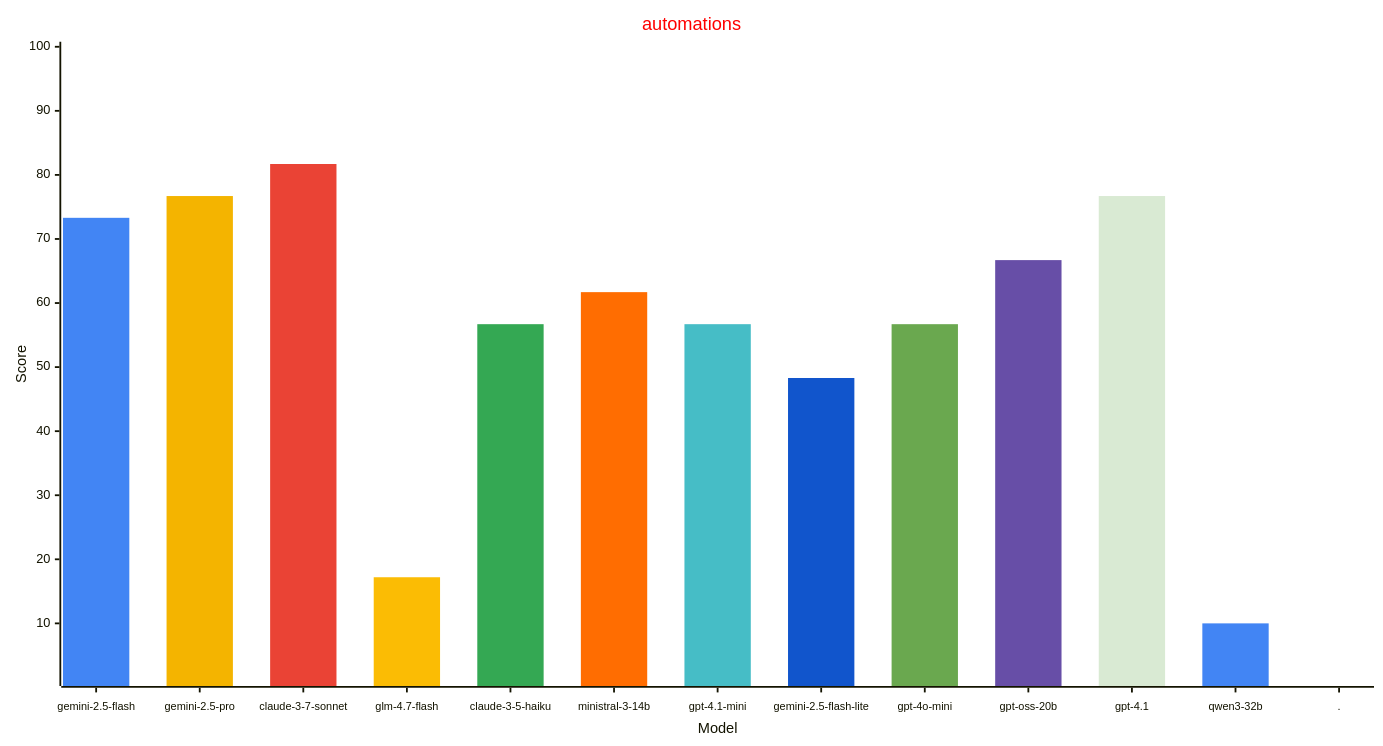
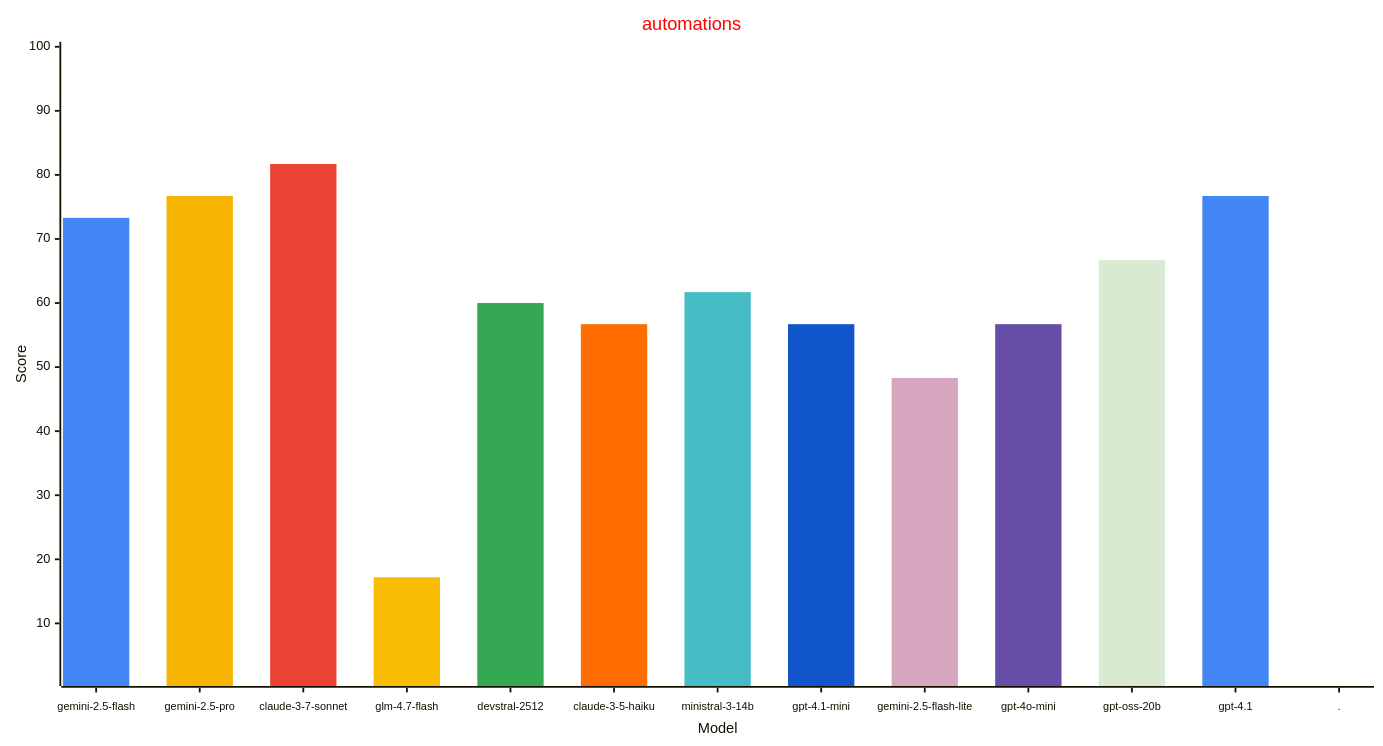
One commit to allenporter/home-assistant-datasets changed the fourth of 4 diagrams in reports/README.md. Above: the diagram before and after it, drawn with Mermaid. The commit also changed other lines of this file and 1087 other files, not shown here.

````diff
--- a/reports/README.md
+++ b/reports/README.md
@@ -214,33 +215,33 @@
 ```mermaid
 ---
 config:
     xyChart:
         width: 1500
         height: 800
         xAxis:
           labelFontSize: 12
           labelPadding: 8
     themeVariables:
         xyChart:
             titleColor: "#ff0000"
-            plotColorPalette: "#4285f4, #f4b400, #ea4335, #fbbc04, #34a853, #ff6d01, #46bdc6, #1155cc, #6aa84f, #674ea7, #d9ead3, #4285f4, #4285f4"
+            plotColorPalette: "#4285f4, #f4b400, #ea4335, #fbbc04, #34a853, #ff6d01, #46bdc6, #1155cc, #d5a6bd, #674ea7, #d9ead3, #4285f4, #4285f4"
 
 ---
 xychart-beta
   title "automations"
-  x-axis "Model" [gemini-2.5-flash, gemini-2.5-pro, claude-3-7-sonnet, glm-4.7-flash, claude-3-5-haiku, ministral-3-14b, gpt-4.1-mini, gemini-2.5-flash-lite, gpt-4o-mini, gpt-oss-20b, gpt-4.1, qwen3-32b, .]
+  x-axis "Model" [gemini-2.5-flash, gemini-2.5-pro, claude-3-7-sonnet, glm-4.7-flash, devstral-2512, claude-3-5-haiku, ministral-3-14b, gpt-4.1-mini, gemini-2.5-flash-lite, gpt-4o-mini, gpt-oss-20b, gpt-4.1, .]
   y-axis "Score" 1 --> 100
   bar [73.3, 0.0, 0.0, 0.0, 0.0, 0.0, 0.0, 0.0, 0.0, 0.0, 0.0, 0.0, 0.0]
   bar [0.0, 76.7, 0.0, 0.0, 0.0, 0.0, 0.0, 0.0, 0.0, 0.0, 0.0, 0.0, 0.0]
   bar [0.0, 0.0, 81.7, 0.0, 0.0, 0.0, 0.0, 0.0, 0.0, 0.0, 0.0, 0.0, 0.0]
   bar [0.0, 0.0, 0.0, 17.2, 0.0, 0.0, 0.0, 0.0, 0.0, 0.0, 0.0, 0.0, 0.0]
-  bar [0.0, 0.0, 0.0, 0.0, 56.7, 0.0, 0.0, 0.0, 0.0, 0.0, 0.0, 0.0, 0.0]
-  bar [0.0, 0.0, 0.0, 0.0, 0.0, 61.7, 0.0, 0.0, 0.0, 0.0, 0.0, 0.0, 0.0]
-  bar [0.0, 0.0, 0.0, 0.0, 0.0, 0.0, 56.7, 0.0, 0.0, 0.0, 0.0, 0.0, 0.0]
-  bar [0.0, 0.0, 0.0, 0.0, 0.0, 0.0, 0.0, 48.3, 0.0, 0.0, 0.0, 0.0, 0.0]
-  bar [0.0, 0.0, 0.0, 0.0, 0.0, 0.0, 0.0, 0.0, 56.7, 0.0, 0.0, 0.0, 0.0]
-  bar [0.0, 0.0, 0.0, 0.0, 0.0, 0.0, 0.0, 0.0, 0.0, 66.7, 0.0, 0.0, 0.0]
-  bar [0.0, 0.0, 0.0, 0.0, 0.0, 0.0, 0.0, 0.0, 0.0, 0.0, 76.7, 0.0, 0.0]
-  bar [0.0, 0.0, 0.0, 0.0, 0.0, 0.0, 0.0, 0.0, 0.0, 0.0, 0.0, 10.0, 0.0]
+  bar [0.0, 0.0, 0.0, 0.0, 60.0, 0.0, 0.0, 0.0, 0.0, 0.0, 0.0, 0.0, 0.0]
+  bar [0.0, 0.0, 0.0, 0.0, 0.0, 56.7, 0.0, 0.0, 0.0, 0.0, 0.0, 0.0, 0.0]
+  bar [0.0, 0.0, 0.0, 0.0, 0.0, 0.0, 61.7, 0.0, 0.0, 0.0, 0.0, 0.0, 0.0]
+  bar [0.0, 0.0, 0.0, 0.0, 0.0, 0.0, 0.0, 56.7, 0.0, 0.0, 0.0, 0.0, 0.0]
+  bar [0.0, 0.0, 0.0, 0.0, 0.0, 0.0, 0.0, 0.0, 48.3, 0.0, 0.0, 0.0, 0.0]
+  bar [0.0, 0.0, 0.0, 0.0, 0.0, 0.0, 0.0, 0.0, 0.0, 56.7, 0.0, 0.0, 0.0]
+  bar [0.0, 0.0, 0.0, 0.0, 0.0, 0.0, 0.0, 0.0, 0.0, 0.0, 66.7, 0.0, 0.0]
+  bar [0.0, 0.0, 0.0, 0.0, 0.0, 0.0, 0.0, 0.0, 0.0, 0.0, 0.0, 76.7, 0.0]
   bar [0.0, 0.0, 0.0, 0.0, 0.0, 0.0, 0.0, 0.0, 0.0, 0.0, 0.0, 0.0, -1.0]
 ```
````
